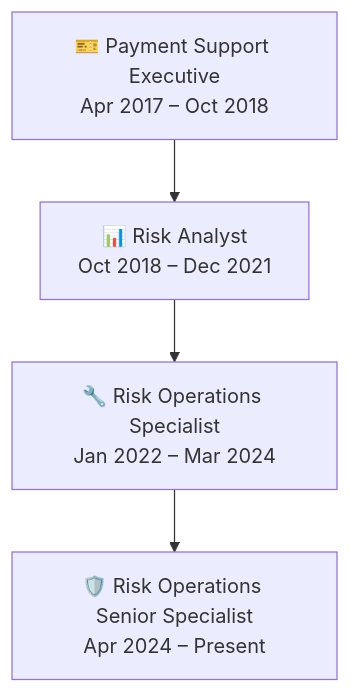
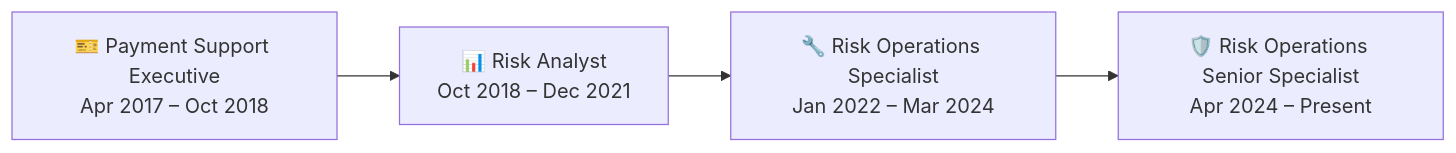
One commit to kaliswaryramish/fraud-operations-lab changed the diagram in 00-Introduction/Career-Journey.md. Above: the diagram before and after it, drawn with Mermaid. The commit also changed other lines of this file, not shown here.

````diff
--- a/00-Introduction/Career-Journey.md
+++ b/00-Introduction/Career-Journey.md
@@ -12,6 +12,6 @@
 ```mermaid
-graph TD
+graph LR 
     A["🎫 Payment Support Executive<br/>Apr 2017 – Oct 2018"] --> B["📊 Risk Analyst<br/>Oct 2018 – Dec 2021"]
     B --> C["🔧 Risk Operations Specialist<br/>Jan 2022 – Mar 2024"]
     C --> D["🛡️ Risk Operations Senior Specialist<br/>Apr 2024 – Present"]
 ```
````
